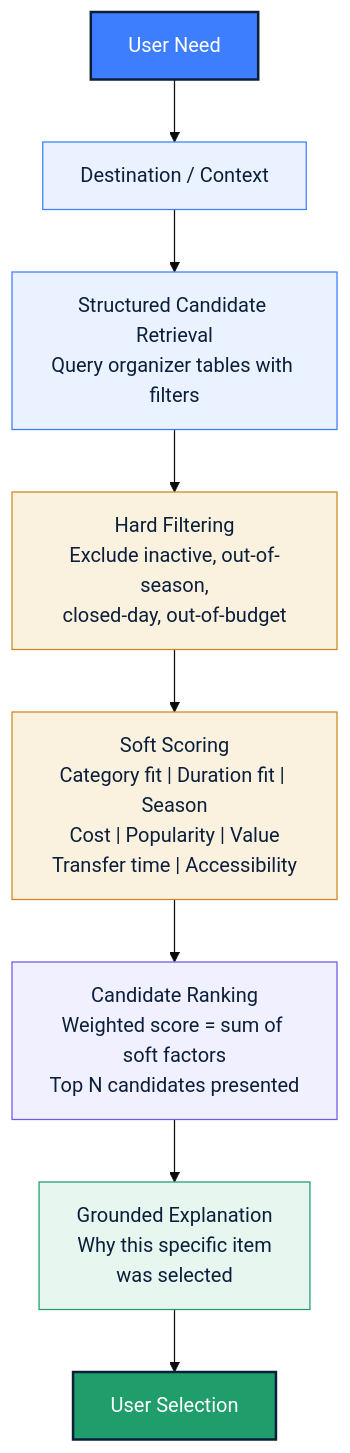
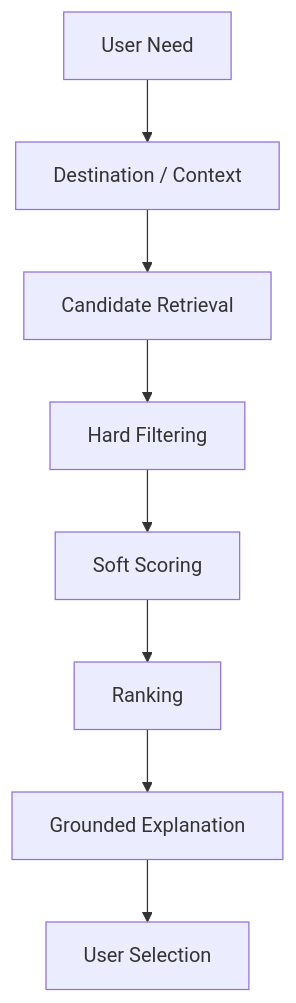
One commit to sharancode3/SmartTrip-AI-Basic-design-Prototype changed the seventh of 7 diagrams in README.md. Above: the diagram before and after it, drawn with Mermaid. The commit also changed other lines of this file, not shown here.

First line of the commit message:
Slim down Mermaid diagrams: black-white, compact labels

````diff
--- a/README.md
+++ b/README.md
@@ -364,21 +236,10 @@
 ```mermaid
-%%{init: {'theme': 'base', 'themeVariables': {'primaryColor': '#EAF2FF', 'primaryBorderColor': '#3D7DFF'}}}%%
-
 flowchart TD
     UN["User Need"] --> DC["Destination / Context"]
-    DC --> CR["Structured Candidate Retrieval<br/>Query organizer tables with filters"]
-    CR --> HF["Hard Filtering<br/>Exclude inactive, out-of-season,<br/>closed-day, out-of-budget"]
-    HF --> SS["Soft Scoring<br/>Category fit | Duration fit | Season<br/>Cost | Popularity | Value<br/>Transfer time | Accessibility"]
-    SS --> RK["Candidate Ranking<br/>Weighted score = sum of soft factors<br/>Top N candidates presented"]
-    RK --> GE["Grounded Explanation<br/>Why this specific item<br/>was selected"]
+    DC --> CR["Candidate Retrieval"]
+    CR --> HF["Hard Filtering"]
+    HF --> SS["Soft Scoring"]
+    SS --> RK["Ranking"]
+    RK --> GE["Grounded Explanation"]
     GE --> US["User Selection"]
-
-    style UN fill:#3D7DFF,stroke:#0B1F3A,stroke-width:2px,color:#FFFFFF
-    style DC fill:#EAF2FF,stroke:#3D7DFF,color:#0B1F3A
-    style CR fill:#EAF2FF,stroke:#3D7DFF,color:#0B1F3A
-    style HF fill:#FBF1DF,stroke:#C98A1E,color:#0B1F3A
-    style SS fill:#FBF1DF,stroke:#C98A1E,color:#0B1F3A
-    style RK fill:#F0F0FF,stroke:#6B5CE7,color:#0B1F3A
-    style GE fill:#E7F7EF,stroke:#1F9D6B,color:#0B1F3A
-    style US fill:#1F9D6B,stroke:#0B1F3A,stroke-width:2px,color:#FFFFFF
 ```
````
